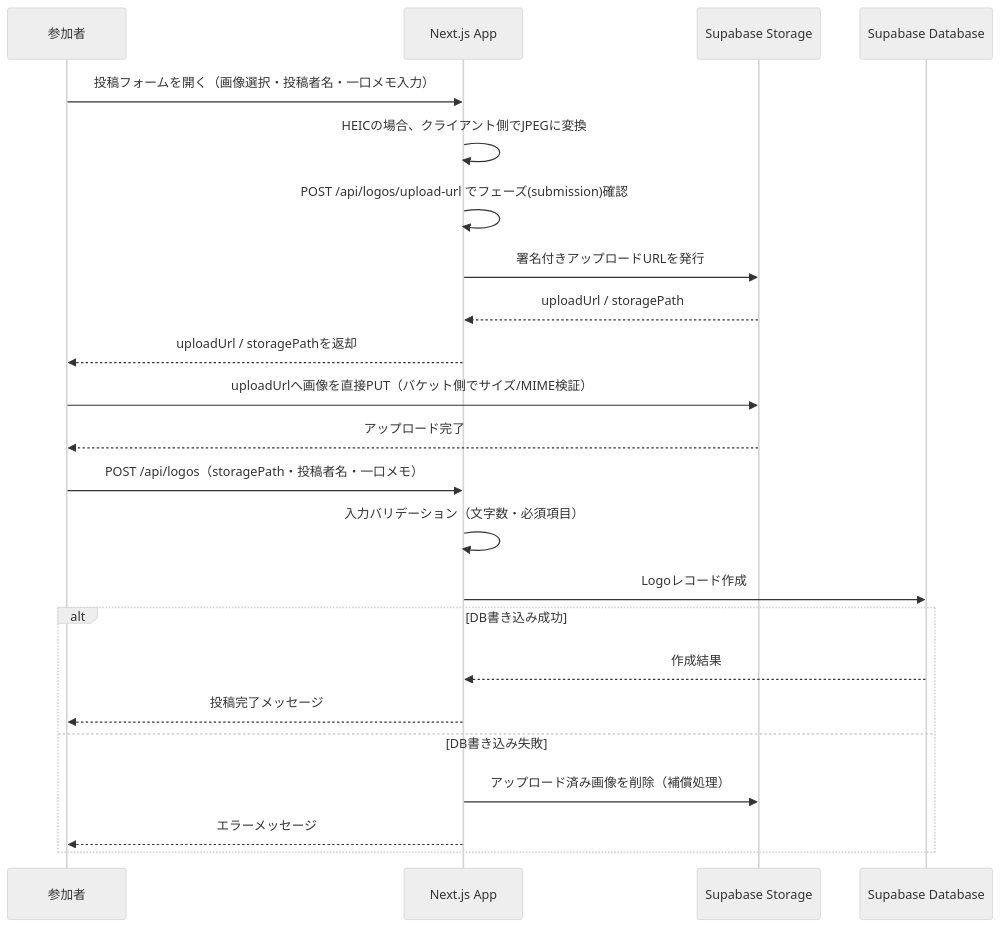
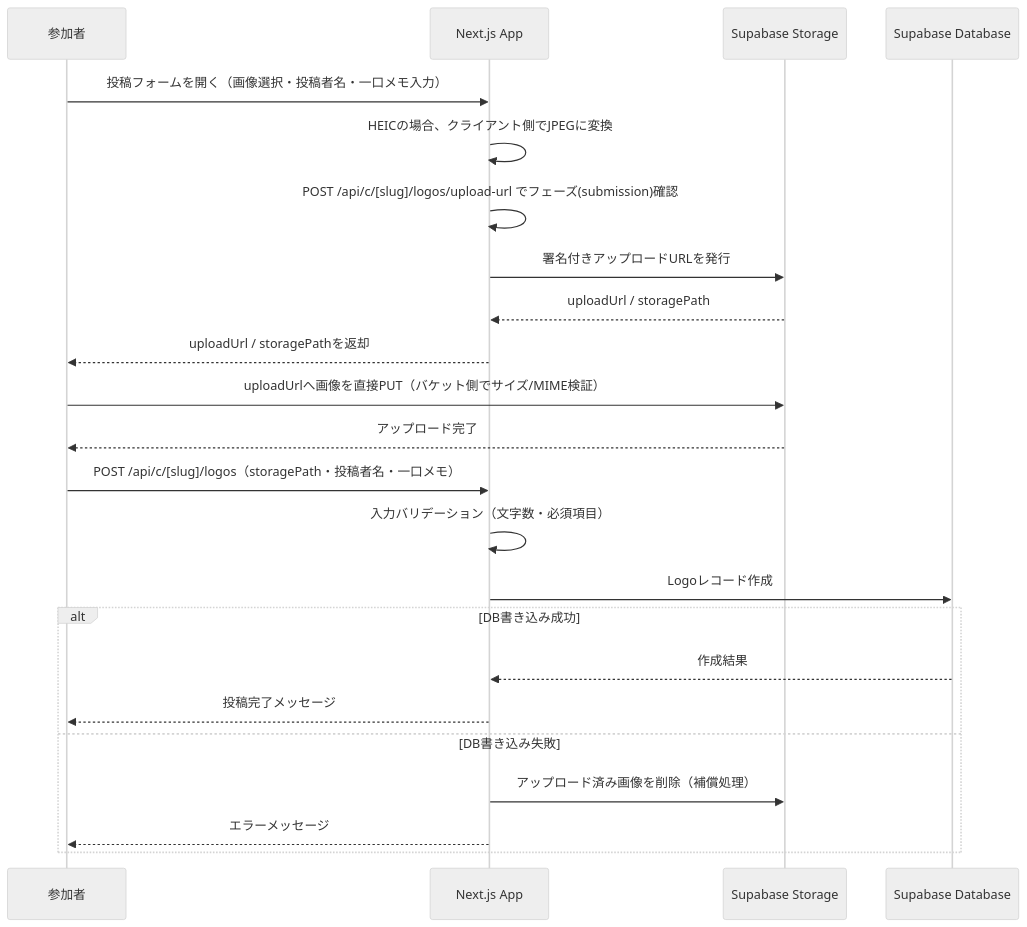
One commit to lewisia02/SwipeMatch changed the fifth of 10 diagrams in docs/functional-design.md. Above: the diagram before and after it, drawn with Mermaid (neutral theme). The commit also changed other lines of this file and 8 other files, not shown here.

````diff
--- a/docs/functional-design.md
+++ b/docs/functional-design.md
@@ -297,26 +412,26 @@
 ```mermaid
 sequenceDiagram
     participant User as 参加者
     participant App as Next.js App
     participant Storage as Supabase Storage
     participant DB as Supabase Database
 
     User->>App: 投稿フォームを開く（画像選択・投稿者名・一口メモ入力）
     App->>App: HEICの場合、クライアント側でJPEGに変換
-    App->>App: POST /api/logos/upload-url でフェーズ(submission)確認
+    App->>App: POST /api/c/[slug]/logos/upload-url でフェーズ(submission)確認
     App->>Storage: 署名付きアップロードURLを発行
     Storage-->>App: uploadUrl / storagePath
     App-->>User: uploadUrl / storagePathを返却
     User->>Storage: uploadUrlへ画像を直接PUT（バケット側でサイズ/MIME検証）
     Storage-->>User: アップロード完了
-    User->>App: POST /api/logos（storagePath・投稿者名・一口メモ）
+    User->>App: POST /api/c/[slug]/logos（storagePath・投稿者名・一口メモ）
     App->>App: 入力バリデーション（文字数・必須項目）
     App->>DB: Logoレコード作成
     alt DB書き込み成功
         DB-->>App: 作成結果
         App-->>User: 投稿完了メッセージ
     else DB書き込み失敗
         App->>Storage: アップロード済み画像を削除（補償処理）
         App-->>User: エラーメッセージ
     end
 ```
````
